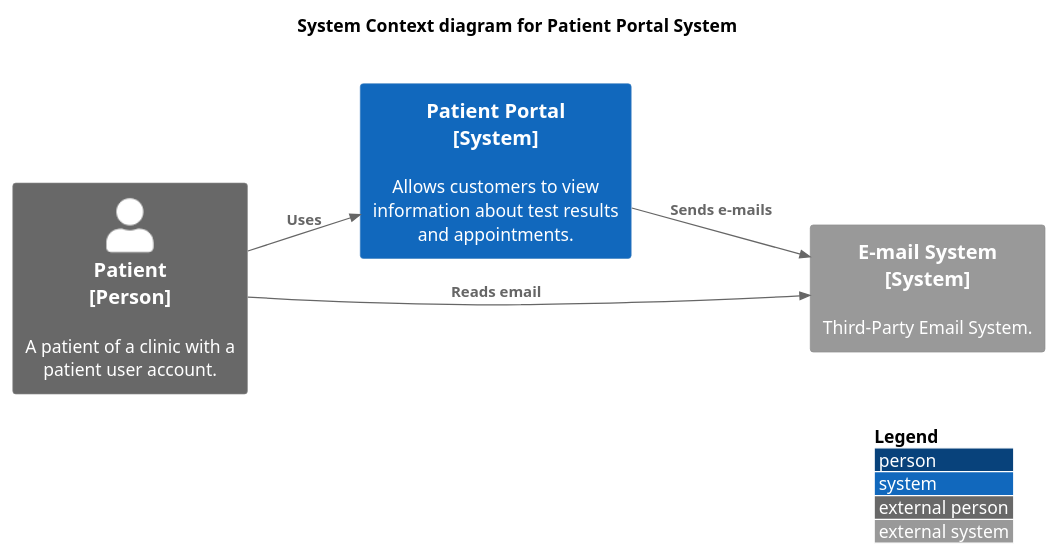
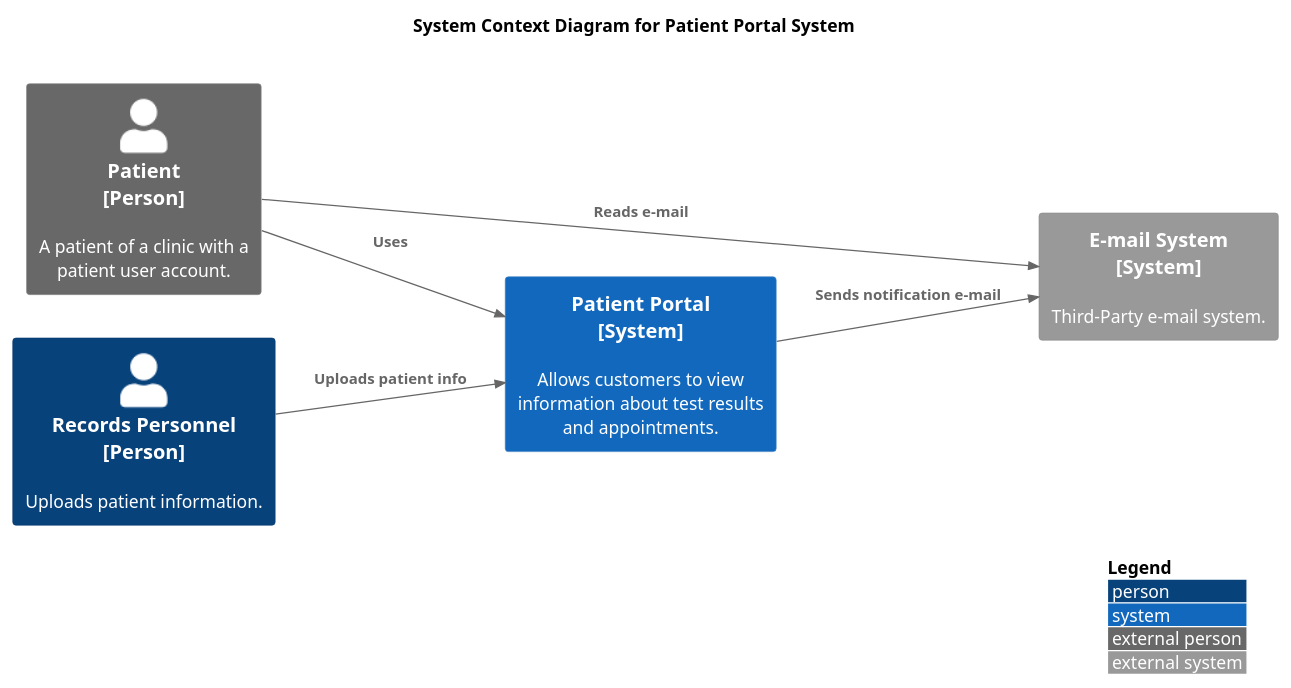
The diagram in c4DiagramTemplate_Context.puml (creatorSonny/c4PUMLDiagram), drawn with PlantUML before and after one commit.

```diff
--- a/c4DiagramTemplate_Context.puml
+++ b/c4DiagramTemplate_Context.puml
@@ -1,21 +1,23 @@
 @startuml
 !include https://raw.githubusercontent.com/plantuml-stdlib/C4-PlantUML/master/C4_Context.puml
 
 ' Print Layout
 LAYOUT_WITH_LEGEND()
 LAYOUT_LEFT_RIGHT()
 
 ' Print Diagram Title
-title System Context diagram for Patient Portal System \n
+title System Context Diagram for Patient Portal System \n
 
 ' Assign Variables
 Person_Ext(patient, "Patient \n [Person]", "A patient of a clinic with a patient user account.")
+Person(records, "Records Personnel \n [Person]", "Uploads patient information.")
 System(patient_system, "Patient Portal \n [System]", "Allows customers to view information about test results and appointments.")
-System_Ext(mail_system, "E-mail System \n [System]", "Third-Party Email System.")
+System_Ext(mail_system, "E-mail System \n [System]", "Third-Party e-mail system.")
 
 ' Print Relationships
+Rel(records, patient_system, "Uploads patient info")
 Rel(patient, patient_system, "Uses")
-Rel(patient_system, mail_system, "Sends e-mails")
-Rel(patient, mail_system,"Reads email")
+Rel(patient_system, mail_system, "Sends notification e-mail")
+Rel(patient, mail_system,"Reads e-mail")
 
 @enduml
```
